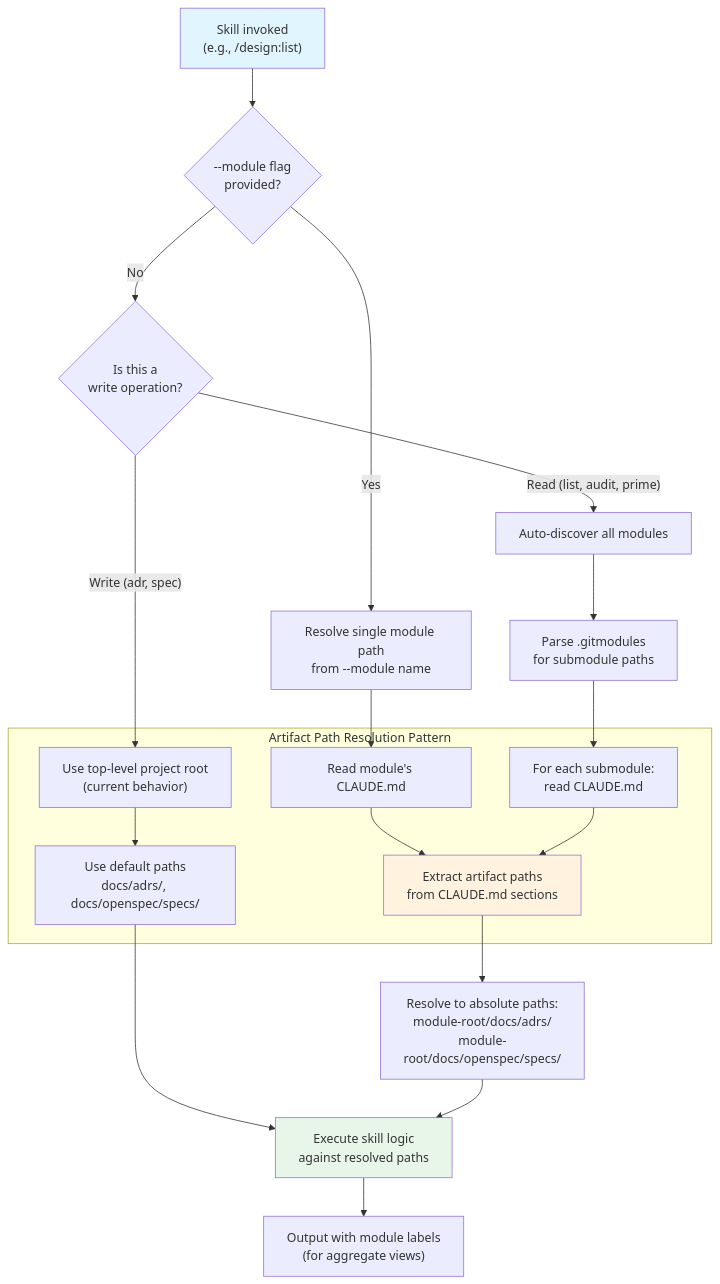
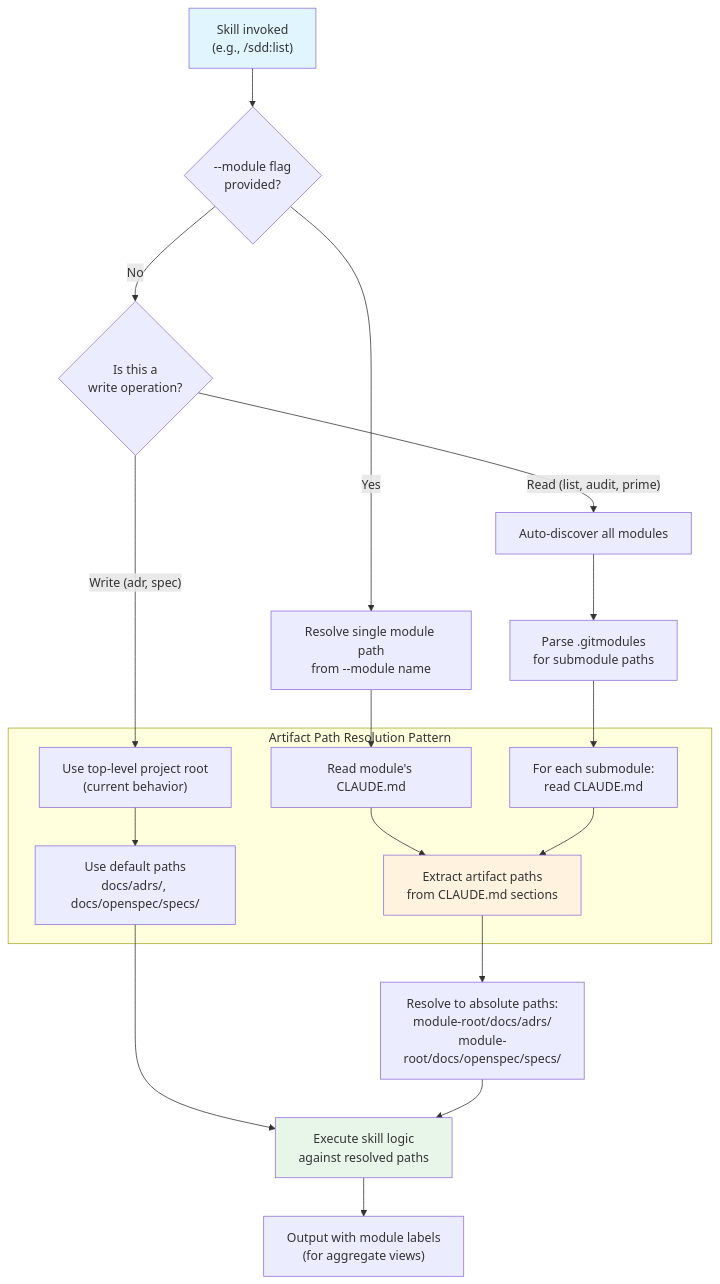
The diagram in docs/adrs/ADR-0016-workspace-mode-multi-module-projects.md (joestump/claude-plugin-sdd), drawn with Mermaid before and after one commit. The commit also changed other lines of this file and 106 other files, not shown here.

First line of the commit message:
Rename plugin from design to sdd (Spec-Driven Development)

````diff
--- a/docs/adrs/ADR-0016-workspace-mode-multi-module-projects.md
+++ b/docs/adrs/ADR-0016-workspace-mode-multi-module-projects.md
@@ -124,32 +124,32 @@
 ```mermaid
 flowchart TD
-    A["Skill invoked<br/>(e.g., /design:list)"] --> B{"--module flag<br/>provided?"}
+    A["Skill invoked<br/>(e.g., /sdd:list)"] --> B{"--module flag<br/>provided?"}
 
     B -->|"Yes"| C["Resolve single module path<br/>from --module name"]
     B -->|"No"| D{"Is this a<br/>write operation?"}
 
     D -->|"Write (adr, spec)"| E["Use top-level project root<br/>(current behavior)"]
     D -->|"Read (list, audit, prime)"| F["Auto-discover all modules"]
 
     F --> G["Parse .gitmodules<br/>for submodule paths"]
     G --> H["For each submodule:<br/>read CLAUDE.md"]
 
     C --> I["Read module's CLAUDE.md"]
 
     subgraph "Artifact Path Resolution Pattern"
         I --> J["Extract artifact paths<br/>from CLAUDE.md sections"]
         H --> J
         E --> K["Use default paths<br/>docs/adrs/, docs/openspec/specs/"]
     end
 
     J --> L["Resolve to absolute paths:<br/>module-root/docs/adrs/<br/>module-root/docs/openspec/specs/"]
 
     K --> M["Execute skill logic<br/>against resolved paths"]
     L --> M
 
     M --> N["Output with module labels<br/>(for aggregate views)"]
 
     style A fill:#e1f5fe
     style J fill:#fff3e0
     style M fill:#e8f5e9
 ```
````
